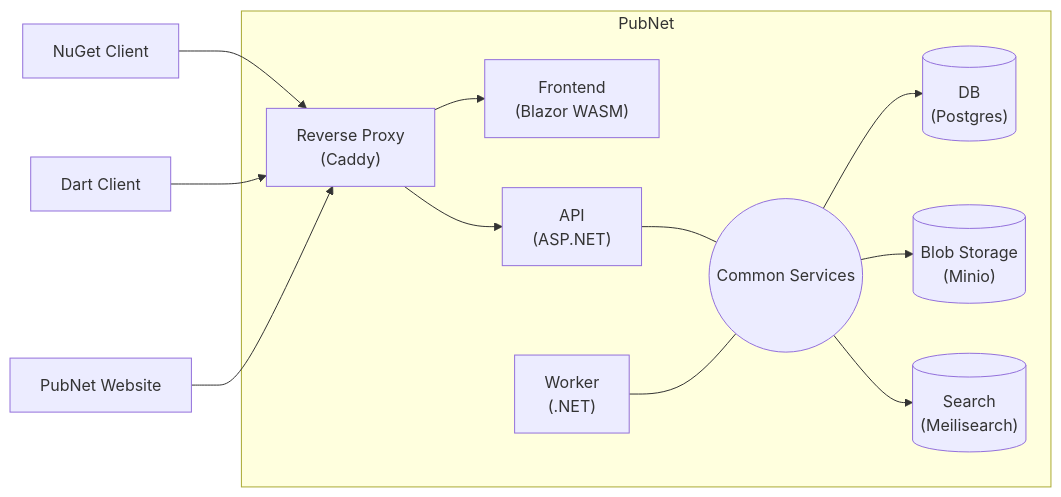
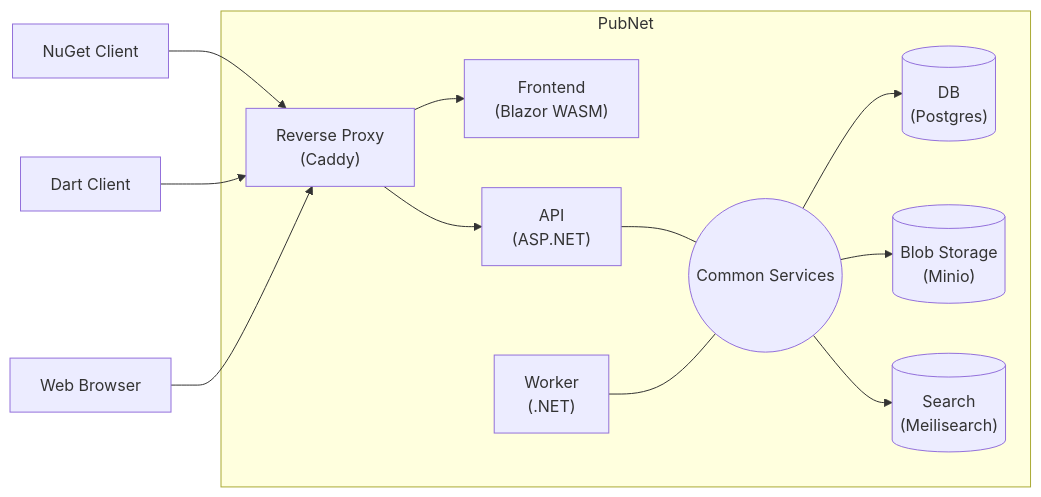
One commit to ricardoboss/PubNet changed the first of 4 diagrams in Architecture.md. Above: the diagram before and after it, drawn with Mermaid.

Commit message:
It's not the website accessing the reverse proxy, it's a browser

````diff
--- a/Architecture.md
+++ b/Architecture.md
@@ -5,10 +5,10 @@
 ```mermaid
 flowchart LR
-    nuget[NuGet Client] & dart[Dart Client] & website[PubNet Website] --> caddy["Reverse Proxy<br/>(Caddy)"]
+    nuget[NuGet Client] & dart[Dart Client] & browser[Web Browser] --> caddy["Reverse Proxy<br/>(Caddy)"]
 
     subgraph PubNet
         caddy --> frontend["Frontend<br/>(Blazor WASM)"] & api["API<br/>(ASP.NET)"]
         api & worker["Worker<br/>(.NET)"] --- common((Common Services))
         common --> db[("DB<br/>(Postgres)")] & storage[("Blob Storage<br/>(Minio)")] & search[("Search<br/>(Meilisearch)")]
     end
 ```
````
